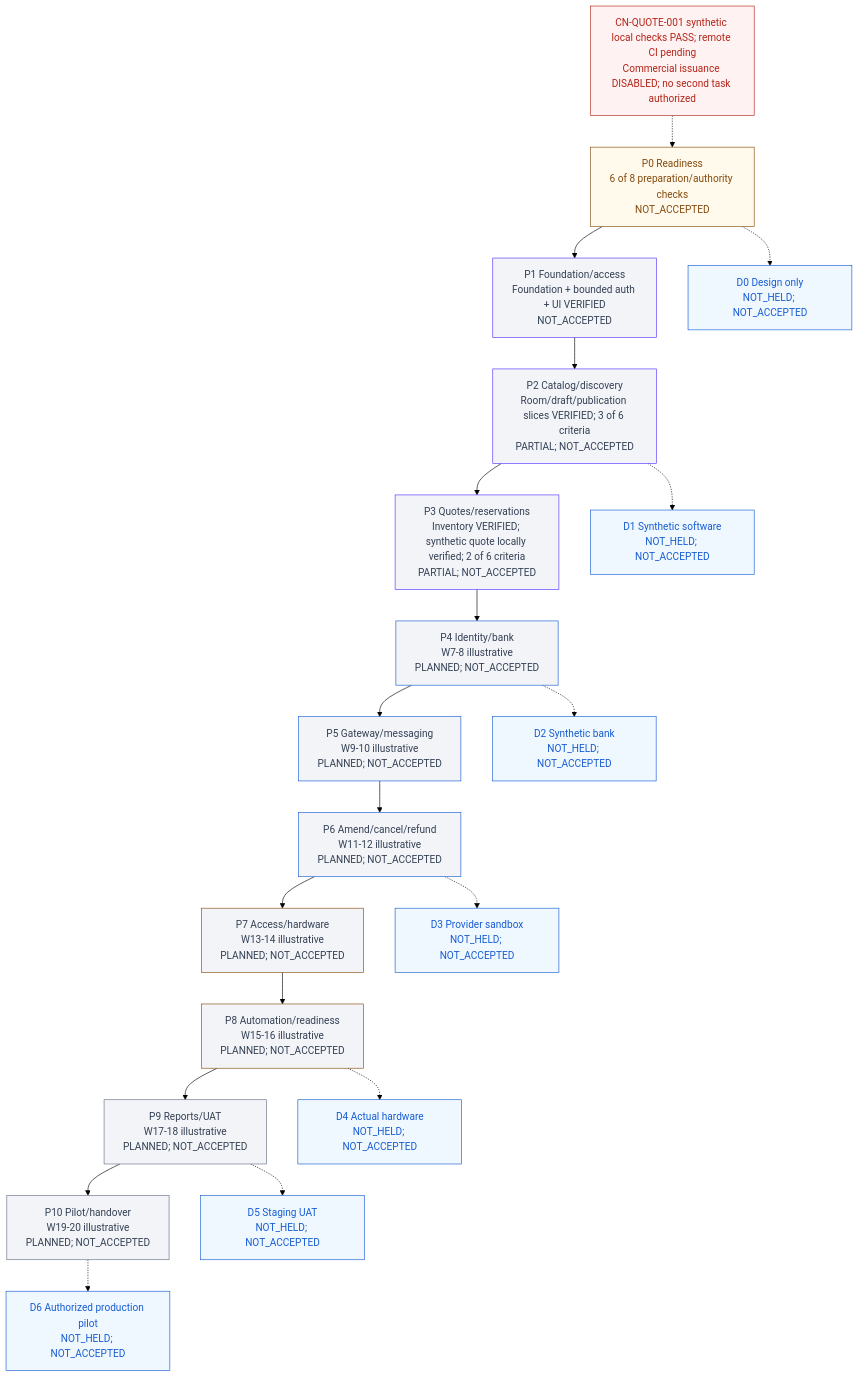
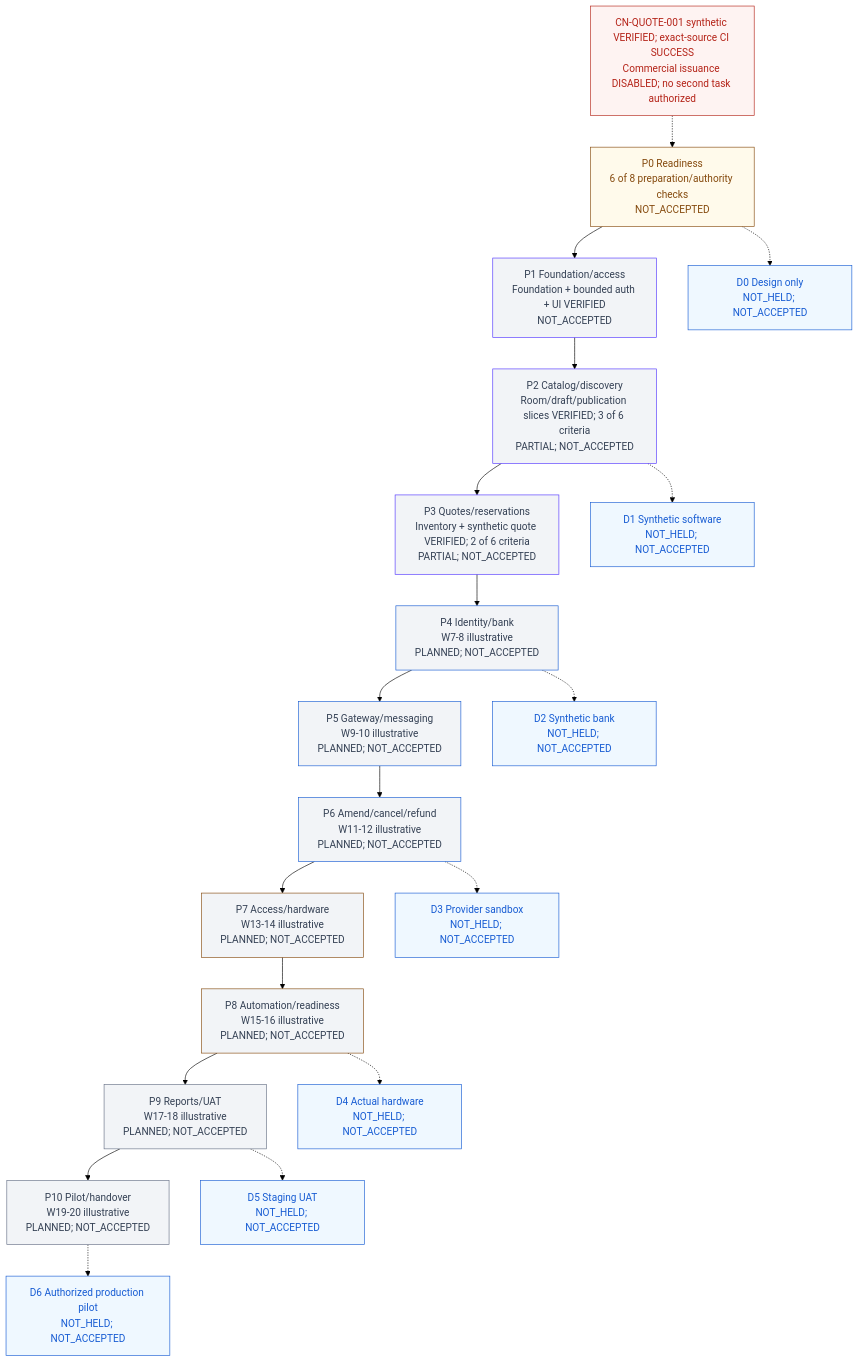
One commit to Hasitha3513/Theater-Project changed the diagram in knowledge/PROGRESS.md. Above: the diagram before and after it, drawn with Mermaid (forest theme). The commit also changed other lines of this file and 5 other files, not shown here.

Commit message:
docs(pricing): record verified synthetic quotation closure

````diff
--- a/knowledge/PROGRESS.md
+++ b/knowledge/PROGRESS.md
@@ -307,45 +307,45 @@
 ```mermaid
 flowchart TB
-  G["CN-QUOTE-001 synthetic local checks PASS; remote CI pending<br/>Commercial issuance DISABLED; no second task authorized"]
+  G["CN-QUOTE-001 synthetic VERIFIED; exact-source CI SUCCESS<br/>Commercial issuance DISABLED; no second task authorized"]
   P0["P0 Readiness<br/>6 of 8 preparation/authority checks<br/>NOT_ACCEPTED"]
   P1["P1 Foundation/access<br/>Foundation + bounded auth + UI VERIFIED<br/>NOT_ACCEPTED"]
   P2["P2 Catalog/discovery<br/>Room/draft/publication slices VERIFIED; 3 of 6 criteria<br/>PARTIAL; NOT_ACCEPTED"]
-  P3["P3 Quotes/reservations<br/>Inventory VERIFIED; synthetic quote locally verified; 2 of 6 criteria<br/>PARTIAL; NOT_ACCEPTED"]
+  P3["P3 Quotes/reservations<br/>Inventory + synthetic quote VERIFIED; 2 of 6 criteria<br/>PARTIAL; NOT_ACCEPTED"]
   P4["P4 Identity/bank<br/>W7-8 illustrative<br/>PLANNED; NOT_ACCEPTED"]
   P5["P5 Gateway/messaging<br/>W9-10 illustrative<br/>PLANNED; NOT_ACCEPTED"]
   P6["P6 Amend/cancel/refund<br/>W11-12 illustrative<br/>PLANNED; NOT_ACCEPTED"]
   P7["P7 Access/hardware<br/>W13-14 illustrative<br/>PLANNED; NOT_ACCEPTED"]
   P8["P8 Automation/readiness<br/>W15-16 illustrative<br/>PLANNED; NOT_ACCEPTED"]
   P9["P9 Reports/UAT<br/>W17-18 illustrative<br/>PLANNED; NOT_ACCEPTED"]
   P10["P10 Pilot/handover<br/>W19-20 illustrative<br/>PLANNED; NOT_ACCEPTED"]
   G -.-> P0
   P0 --> P1 --> P2 --> P3 --> P4 --> P5 --> P6 --> P7 --> P8 --> P9 --> P10
   D0["D0 Design only<br/>NOT_HELD; NOT_ACCEPTED"]
   D1["D1 Synthetic software<br/>NOT_HELD; NOT_ACCEPTED"]
   D2["D2 Synthetic bank<br/>NOT_HELD; NOT_ACCEPTED"]
   D3["D3 Provider sandbox<br/>NOT_HELD; NOT_ACCEPTED"]
   D4["D4 Actual hardware<br/>NOT_HELD; NOT_ACCEPTED"]
   D5["D5 Staging UAT<br/>NOT_HELD; NOT_ACCEPTED"]
   D6["D6 Authorized production pilot<br/>NOT_HELD; NOT_ACCEPTED"]
   P0 -.-> D0
   P2 -.-> D1
   P4 -.-> D2
   P6 -.-> D3
   P8 -.-> D4
   P9 -.-> D5
   P10 -.-> D6
   classDef readiness fill:#FFFAEB,color:#854A0E,stroke:#854A0E;
   classDef foundation fill:#F2F4F7,color:#344054,stroke:#5135FF;
   classDef financial fill:#F2F4F7,color:#344054,stroke:#175CD3;
   classDef physical fill:#F2F4F7,color:#344054,stroke:#854A0E;
   classDef release fill:#F2F4F7,color:#344054,stroke:#667085;
   classDef blocked fill:#FEF3F2,color:#B42318,stroke:#B42318;
   classDef demo fill:#EFF8FF,color:#175CD3,stroke:#175CD3;
   class P0 readiness;
   class P1,P2,P3 foundation;
   class P4,P5,P6 financial;
   class P7,P8 physical;
   class P9,P10 release;
   class G blocked;
   class D0,D1,D2,D3,D4,D5,D6 demo;
 ```
````
